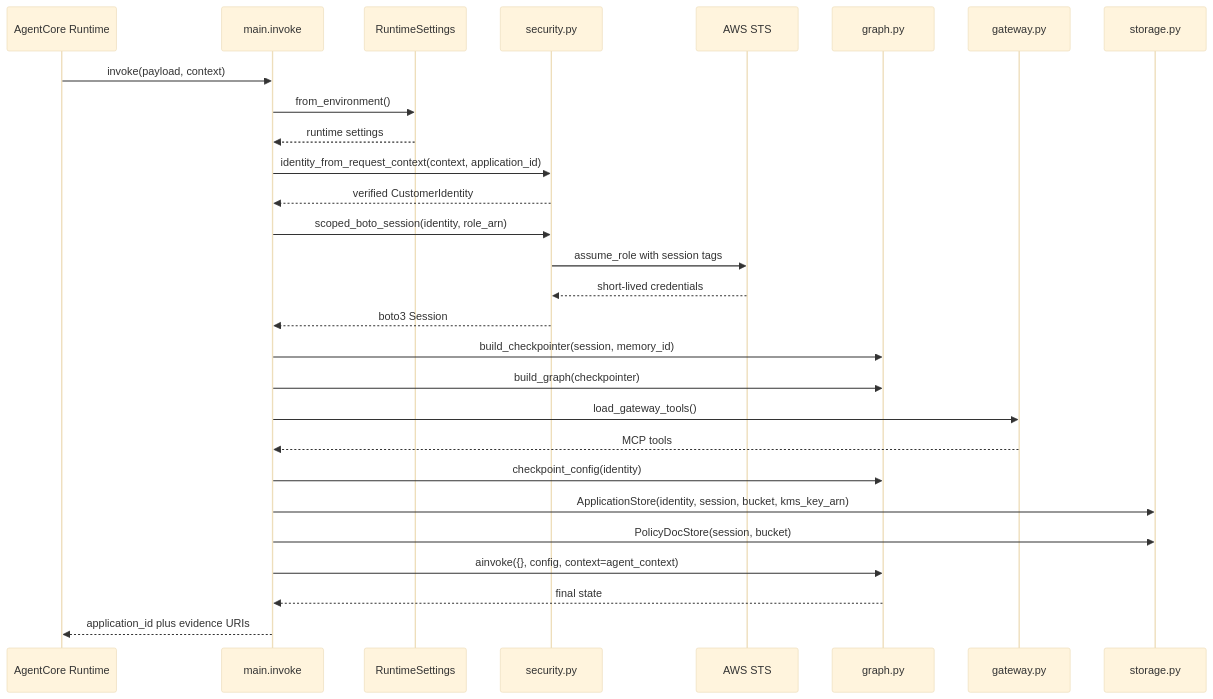
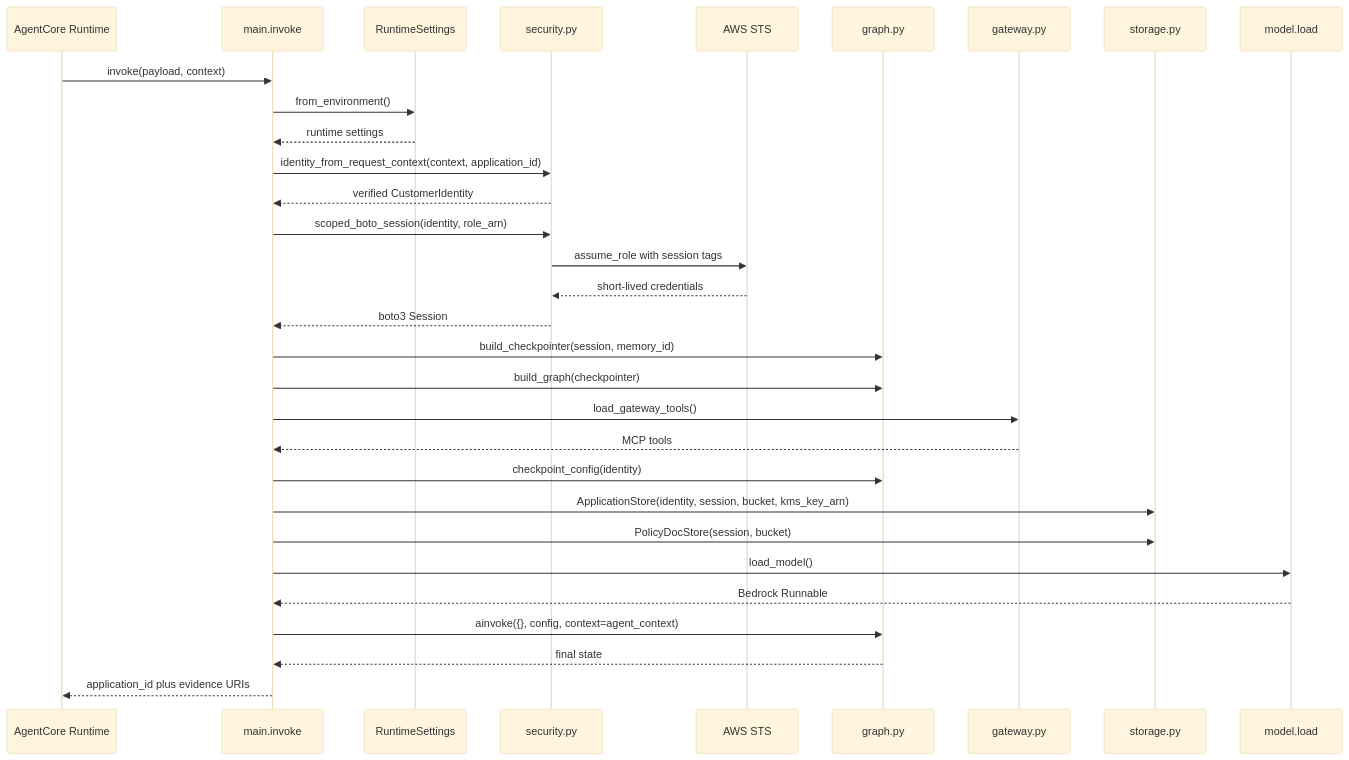
Before and after one commit to stevejgoodman/fionaa-aws: the diagram in openwiki/architecture/runtime-entrypoint.md, drawn with Mermaid (base theme). The commit also changed other lines of this file and 20 other files, not shown here.

````diff
--- a/openwiki/architecture/runtime-entrypoint.md
+++ b/openwiki/architecture/runtime-entrypoint.md
@@ -59,31 +70,34 @@
 ```mermaid
 sequenceDiagram
     participant Runtime as AgentCore Runtime
     participant Main as main.invoke
     participant Settings as RuntimeSettings
     participant Security as security.py
     participant STS as AWS STS
     participant Graph as graph.py
     participant Gateway as gateway.py
     participant Store as storage.py
+    participant Model as model.load
 
     Runtime->>Main: invoke(payload, context)
     Main->>Settings: from_environment()
     Settings-->>Main: runtime settings
     Main->>Security: identity_from_request_context(context, application_id)
     Security-->>Main: verified CustomerIdentity
     Main->>Security: scoped_boto_session(identity, role_arn)
     Security->>STS: assume_role with session tags
     STS-->>Security: short-lived credentials
     Security-->>Main: boto3 Session
     Main->>Graph: build_checkpointer(session, memory_id)
     Main->>Graph: build_graph(checkpointer)
     Main->>Gateway: load_gateway_tools()
     Gateway-->>Main: MCP tools
     Main->>Graph: checkpoint_config(identity)
     Main->>Store: ApplicationStore(identity, session, bucket, kms_key_arn)
     Main->>Store: PolicyDocStore(session, bucket)
+    Main->>Model: load_model()
+    Model-->>Main: Bedrock Runnable
     Main->>Graph: ainvoke({}, config, context=agent_context)
     Graph-->>Main: final state
     Main-->>Runtime: application_id plus evidence URIs
 ```
````
